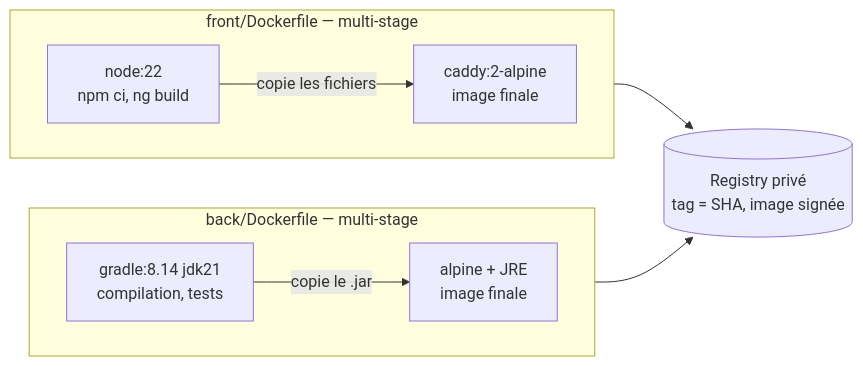
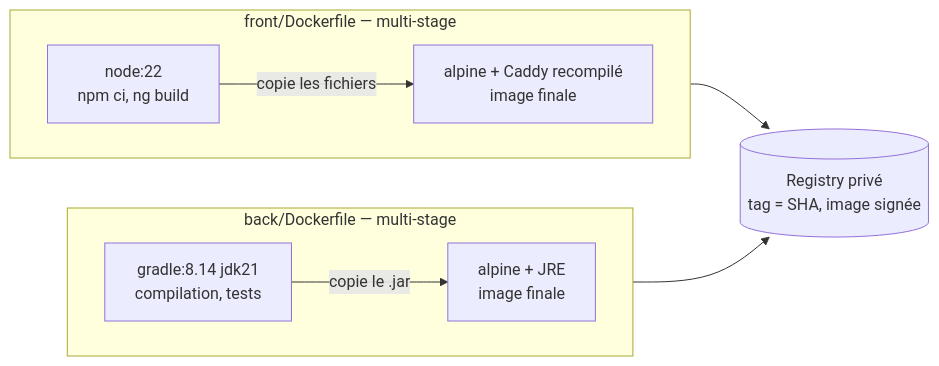
Before and after one commit to TedPasquiet/G-rez-le-cycle-de-vie-de-d-veloppement-logiciel: the diagram in docs/schemas/artefacts-images.mmd, drawn with Mermaid. The commit also changed 14 other files, not shown here.

Commit message:
fix(images): monte Spring Boot de 3.2.5 à 3.5.16 et recompile Caddy pour fermer les CVE

```diff
--- a/docs/schemas/artefacts-images.mmd
+++ b/docs/schemas/artefacts-images.mmd
@@ -1,17 +1,17 @@
 %% Schéma — Les artefacts : un service, une image.
 %% Source versionnée du bloc Mermaid de docs/schema-architecture.md §5.
 %% Multi-stage : l'étape de compilation est jetée, l'image livrée ne contient que
 %% l'artefact et son runtime. Deux images et deux seulement — les cadences sont
 %% découplées, la montée en charge est indépendante, la surface à analyser reste
 %% minimale.
 flowchart LR
     subgraph bb["back/Dockerfile — multi-stage"]
         direction LR
         g["gradle:8.14 jdk21<br/>compilation, tests"] -->|"copie le .jar"| ba["alpine + JRE<br/>image finale"]
     end
     subgraph fb["front/Dockerfile — multi-stage"]
         direction LR
-        n["node:22<br/>npm ci, ng build"] -->|"copie les fichiers"| ca["caddy:2-alpine<br/>image finale"]
+        n["node:22<br/>npm ci, ng build"] -->|"copie les fichiers"| ca["alpine + Caddy recompilé<br/>image finale"]
     end
     ba --> reg[("Registry privé<br/>tag = SHA, image signée")]
     ca --> reg
```
